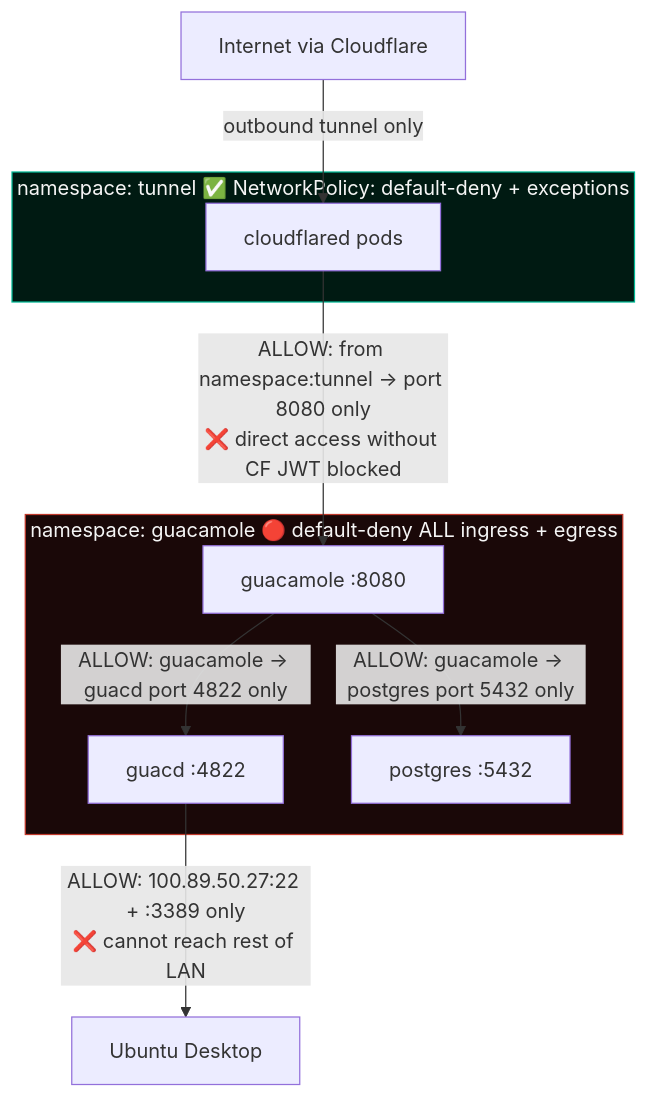
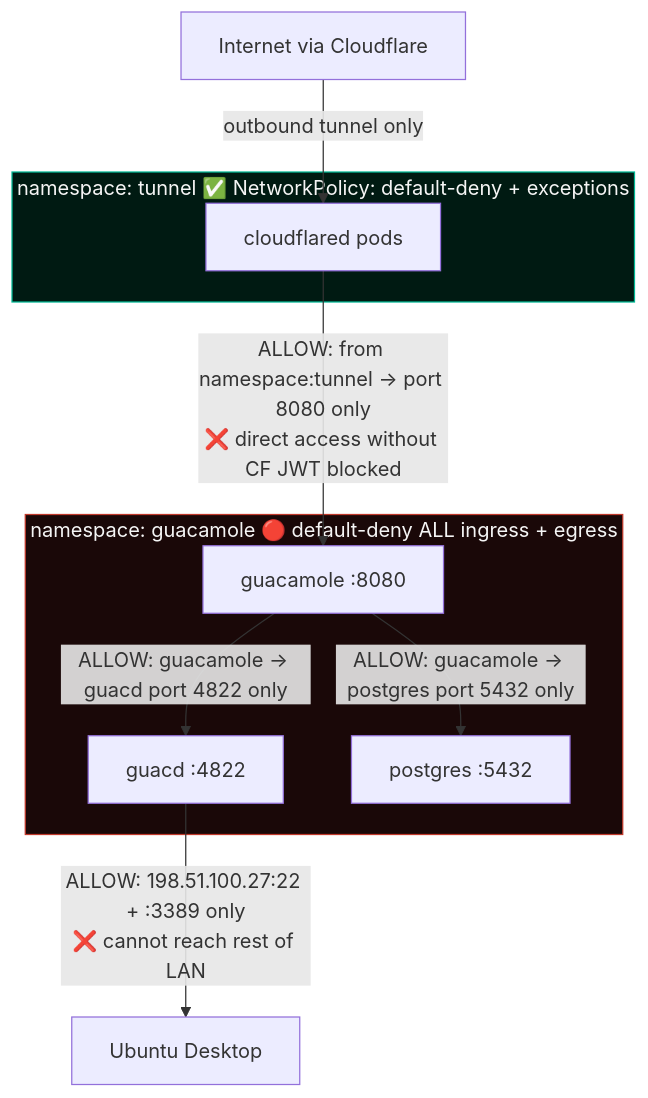
The third of 5 diagrams in src/content/blog/browser-rdp-zero-ports.md (hellodk/cfpages), drawn with Mermaid before and after one commit. The commit also changed other lines of this file and 70 other files, not shown here.

````diff
--- a/src/content/blog/browser-rdp-zero-ports.md
+++ b/src/content/blog/browser-rdp-zero-ports.md
@@ -490,21 +488,21 @@
 ```mermaid
 graph TD
     subgraph tunnel_ns["namespace: tunnel  ✅ NetworkPolicy: default-deny + exceptions"]
         CF2["cloudflared pods"]
     end
 
     subgraph guac_ns["namespace: guacamole  🔴 default-deny ALL ingress + egress"]
         GUA2["guacamole :8080"]
         GUACD2["guacd :4822"]
         PG["postgres :5432"]
     end
 
     Internet["Internet via Cloudflare"] -->|"outbound tunnel only"| CF2
     CF2 -->|"ALLOW: from namespace:tunnel → port 8080 only\n❌ direct access without CF JWT blocked"| GUA2
     GUA2 -->|"ALLOW: guacamole → guacd port 4822 only"| GUACD2
     GUA2 -->|"ALLOW: guacamole → postgres port 5432 only"| PG
-    GUACD2 -->|"ALLOW: 100.89.50.27:22 + :3389 only\n❌ cannot reach rest of LAN"| Desktop["Ubuntu Desktop"]
+    GUACD2 -->|"ALLOW: 198.51.100.27:22 + :3389 only\n❌ cannot reach rest of LAN"| Desktop["Ubuntu Desktop"]
 
     style guac_ns fill:#1a0808,stroke:#c0392b,color:#f5f5f5
     style tunnel_ns fill:#001a12,stroke:#00b894,color:#f5f5f5
 ```
````
